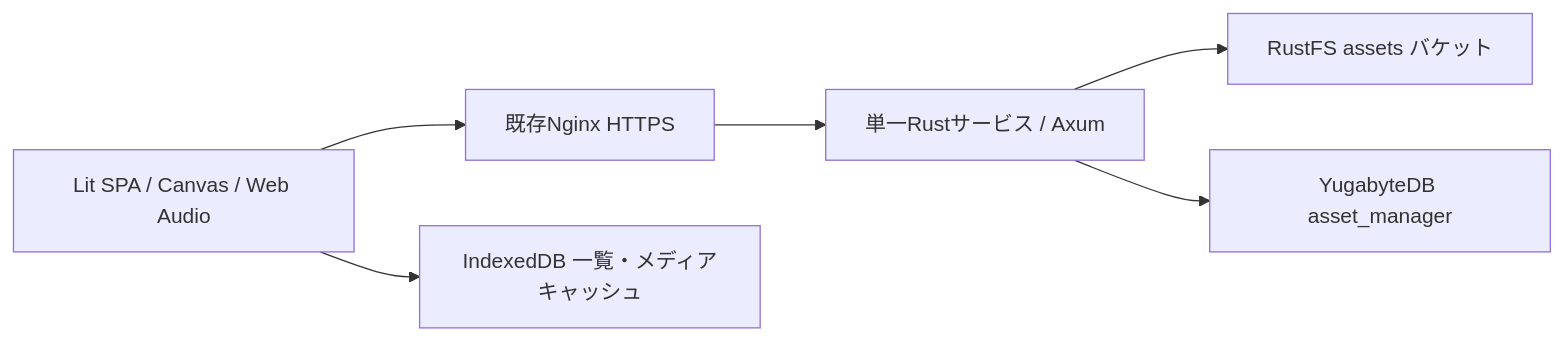
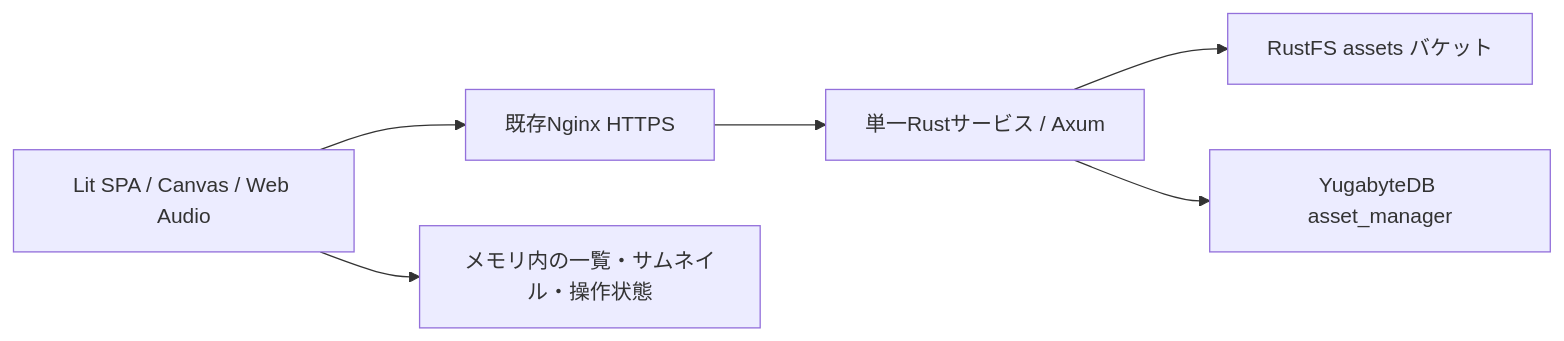
Before and after one commit to uiui611/asset-manager: the diagram in docs/kubernetes-architecture.md, drawn with Mermaid. The commit also changed other lines of this file and 37 other files, not shown here.

````diff
--- a/docs/kubernetes-architecture.md
+++ b/docs/kubernetes-architecture.md
@@ -16,8 +16,8 @@
 ```mermaid
 flowchart LR
  Browser[Lit SPA / Canvas / Web Audio] --> Nginx[既存Nginx HTTPS]
  Nginx --> Rust[単一Rustサービス / Axum]
  Rust --> S3[RustFS assets バケット]
  Rust --> DB[YugabyteDB asset_manager]
- Browser --> Cache[IndexedDB 一覧・メディアキャッシュ]
+ Browser --> Memory[メモリ内の一覧・サムネイル・操作状態]
 ```
````
